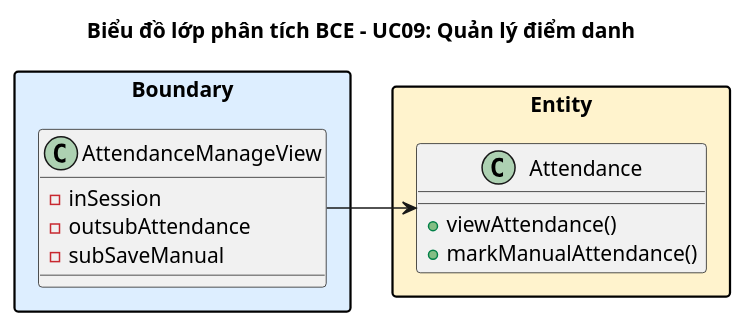
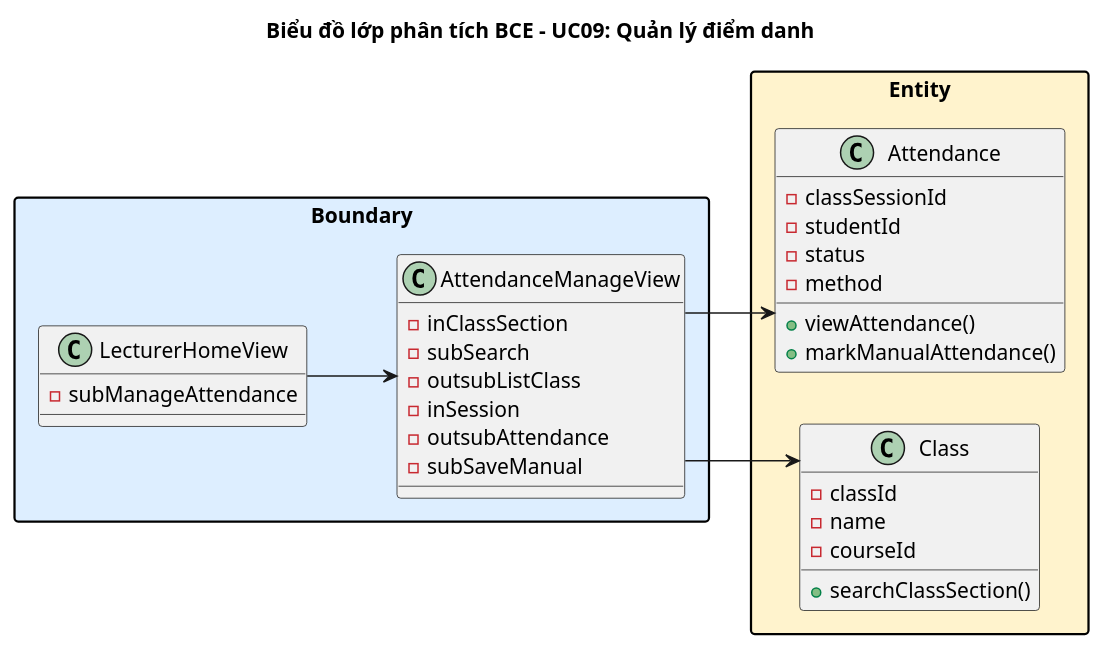
The seventh of 20 diagrams in report/md/module3_attendance_grades.md (thanhtrnnn/universe), drawn with PlantUML before and after one commit. The commit also changed other lines of this file and 1 other file, not shown here.

Commit message:
docs(module3): add HomeView entry points, full attribute lists, and entity attribute justification in BCE narratives

````diff
--- a/report/md/module3_attendance_grades.md
+++ b/report/md/module3_attendance_grades.md
@@ -361,25 +372,43 @@
 ```plantuml
 @startuml
 left to right direction
 skinparam linetype ortho
 skinparam packageStyle rectangle
 title Biểu đồ lớp phân tích BCE – UC09: Quản lý điểm danh
 
 package "Boundary" #DDEEFF {
+  class LecturerHomeView {
+    -subManageAttendance
+  }
   class AttendanceManageView {
+    -inClassSection
+    -subSearch
+    -outsubListClass
     -inSession
     -outsubAttendance
     -subSaveManual
   }
 }
 
 package "Entity" #FFF3CD {
   class Attendance {
+    -classSessionId
+    -studentId
+    -status
+    -method
     +viewAttendance()
     +markManualAttendance()
   }
+  class Class {
+    -classId
+    -name
+    -courseId
+    +searchClassSection()
+  }
 }
 
+LecturerHomeView --> AttendanceManageView
 AttendanceManageView --> Attendance
+AttendanceManageView --> Class
 @enduml
 ```
````
